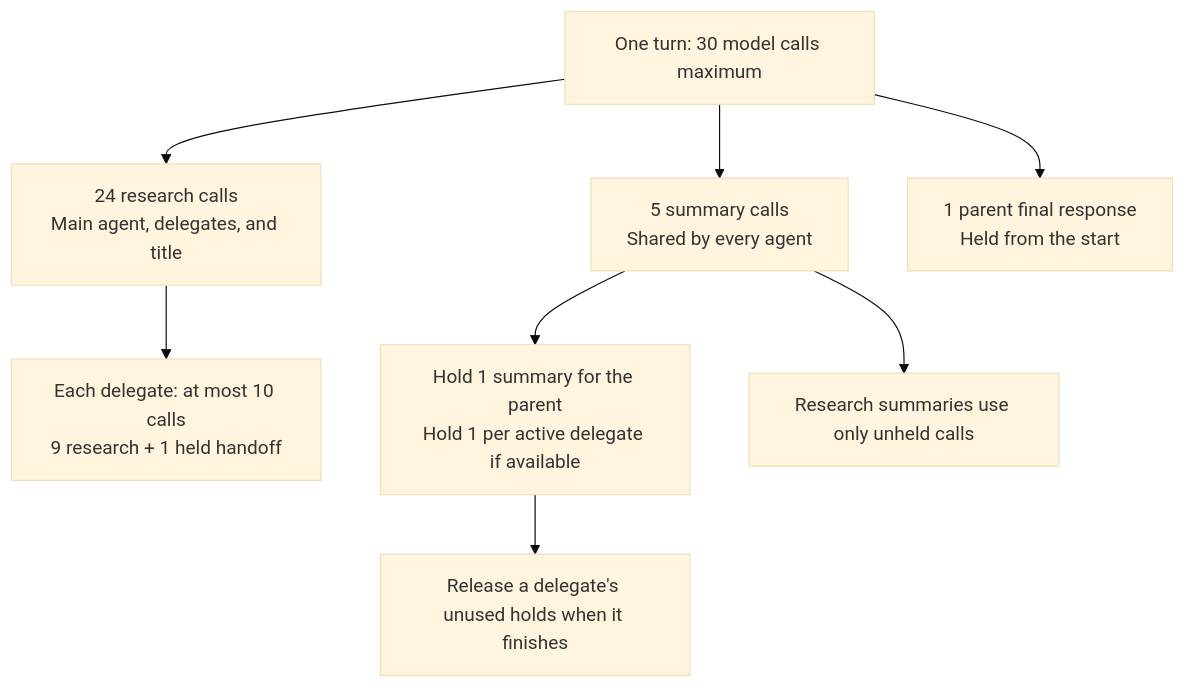
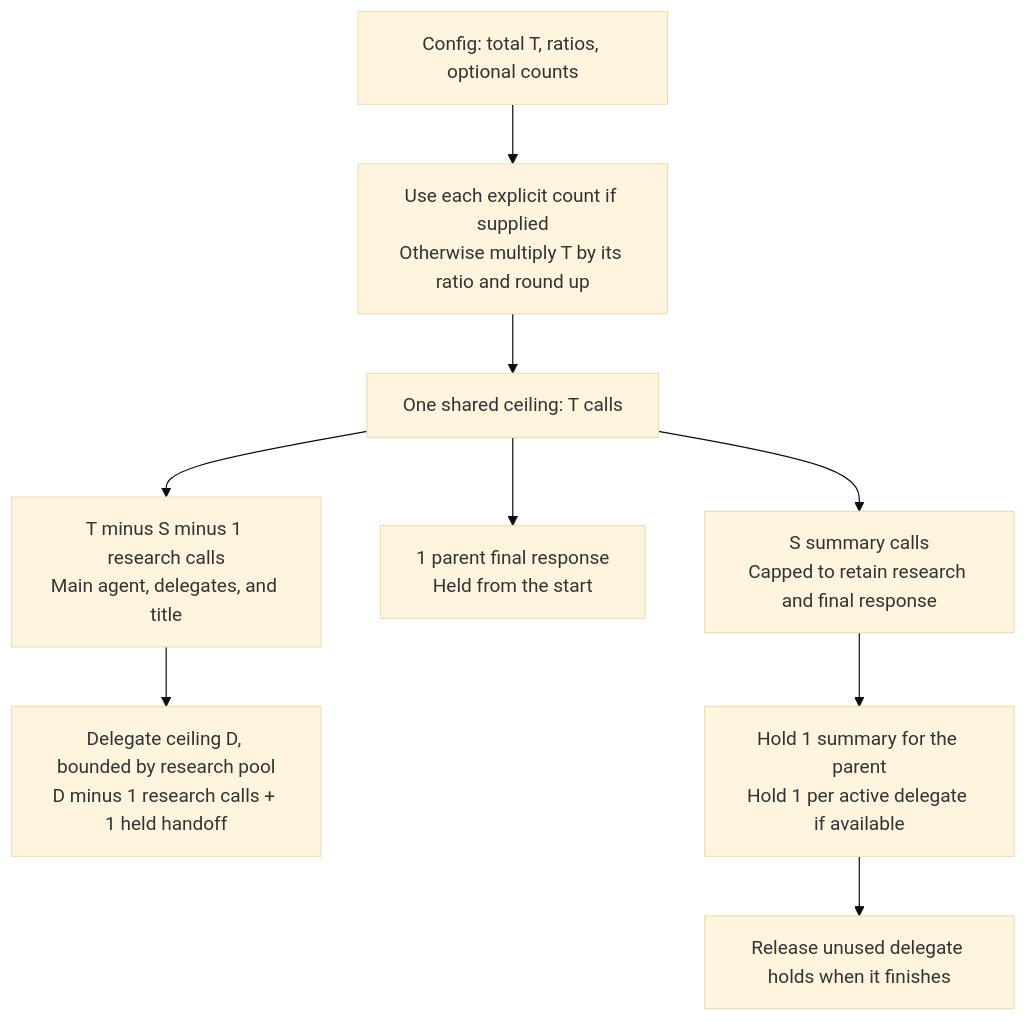
The first of 3 diagrams in docs/runtime/call-budgets.md (parth-shastri/theos), drawn with Mermaid (base theme) before and after one commit. The commit also changed other lines of this file and 10 other files, not shown here.

````diff
--- a/docs/runtime/call-budgets.md
+++ b/docs/runtime/call-budgets.md
@@ -9,10 +21,11 @@
 ```mermaid
 flowchart TD
-    Total["One turn: 30 model calls maximum"] --> Research["24 research calls<br/>Main agent, delegates, and title"]
-    Total --> Summaries["5 summary calls<br/>Shared by every agent"]
+    Config["Config: total T, ratios, optional counts"] --> Resolve["Use each explicit count if supplied<br/>Otherwise multiply T by its ratio and round up"]
+    Resolve --> Total["One shared ceiling: T calls"]
+    Total --> Summaries["S summary calls<br/>Capped to retain research and final response"]
     Total --> Answer["1 parent final response<br/>Held from the start"]
-    Research --> Child["Each delegate: at most 10 calls<br/>9 research + 1 held handoff"]
+    Total --> Research["T minus S minus 1 research calls<br/>Main agent, delegates, and title"]
+    Research --> Child["Delegate ceiling D, bounded by research pool<br/>D minus 1 research calls + 1 held handoff"]
     Summaries --> Held["Hold 1 summary for the parent<br/>Hold 1 per active delegate if available"]
-    Summaries --> Ordinary["Research summaries use only unheld calls"]
-    Held --> Released["Release a delegate's unused holds when it finishes"]
+    Held --> Released["Release unused delegate holds when it finishes"]
 ```
````
